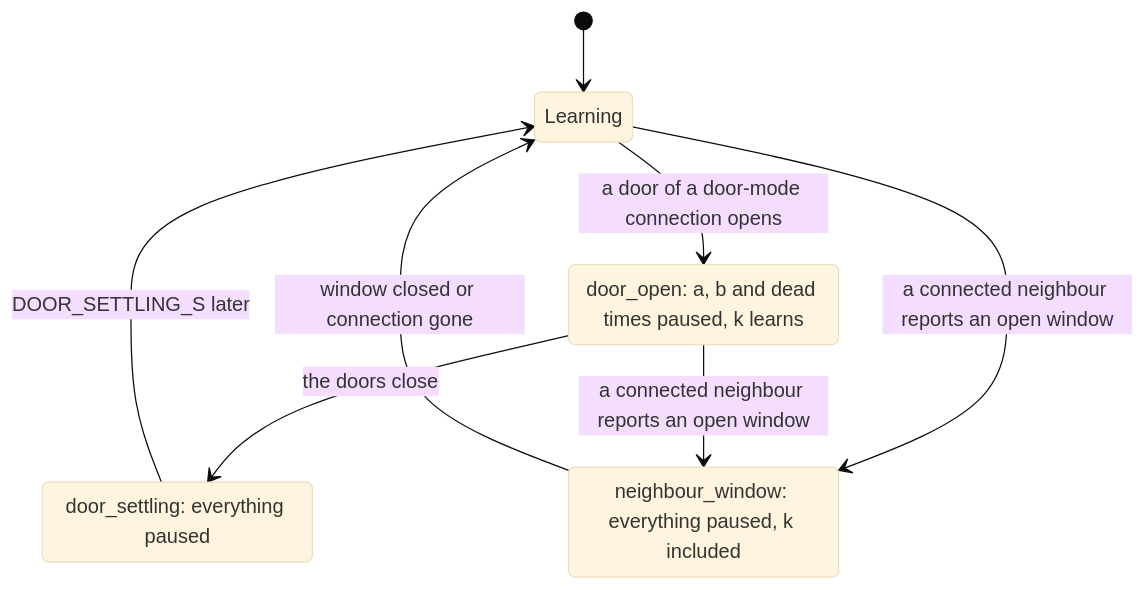
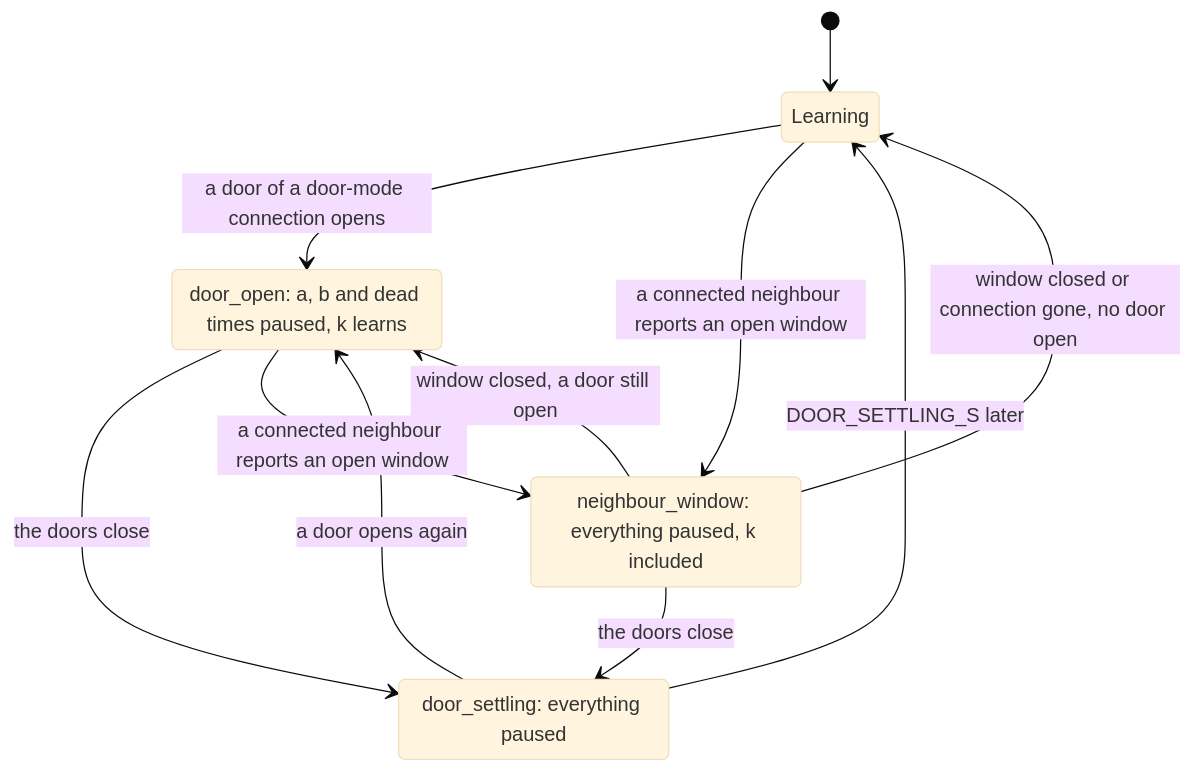
Before and after one commit to Shadow-230/vtherm_smartpi: the second of 11 diagrams in documentation/en/zone_dependencies.md, drawn with Mermaid (base theme). The commit also changed other lines of this file and 8 other files, not shown here.

````diff
--- a/documentation/en/zone_dependencies.md
+++ b/documentation/en/zone_dependencies.md
@@ -192,15 +200,18 @@
 ```mermaid
 stateDiagram-v2
     state "Learning" as Open
     state "door_open: a, b and dead times paused, k learns" as DoorOpen
     state "door_settling: everything paused" as Settling
     state "neighbour_window: everything paused, k included" as Window
 
     [*] --> Open
     Open --> DoorOpen: a door of a door-mode connection opens
     DoorOpen --> Settling: the doors close
     Settling --> Open: DOOR_SETTLING_S later
     Open --> Window: a connected neighbour reports an open window
     DoorOpen --> Window: a connected neighbour reports an open window
-    Window --> Open: window closed or connection gone
+    Window --> Open: window closed or connection gone, no door open
+    Window --> DoorOpen: window closed, a door still open
+    Window --> Settling: the doors close
+    Settling --> DoorOpen: a door opens again
 ```
````
